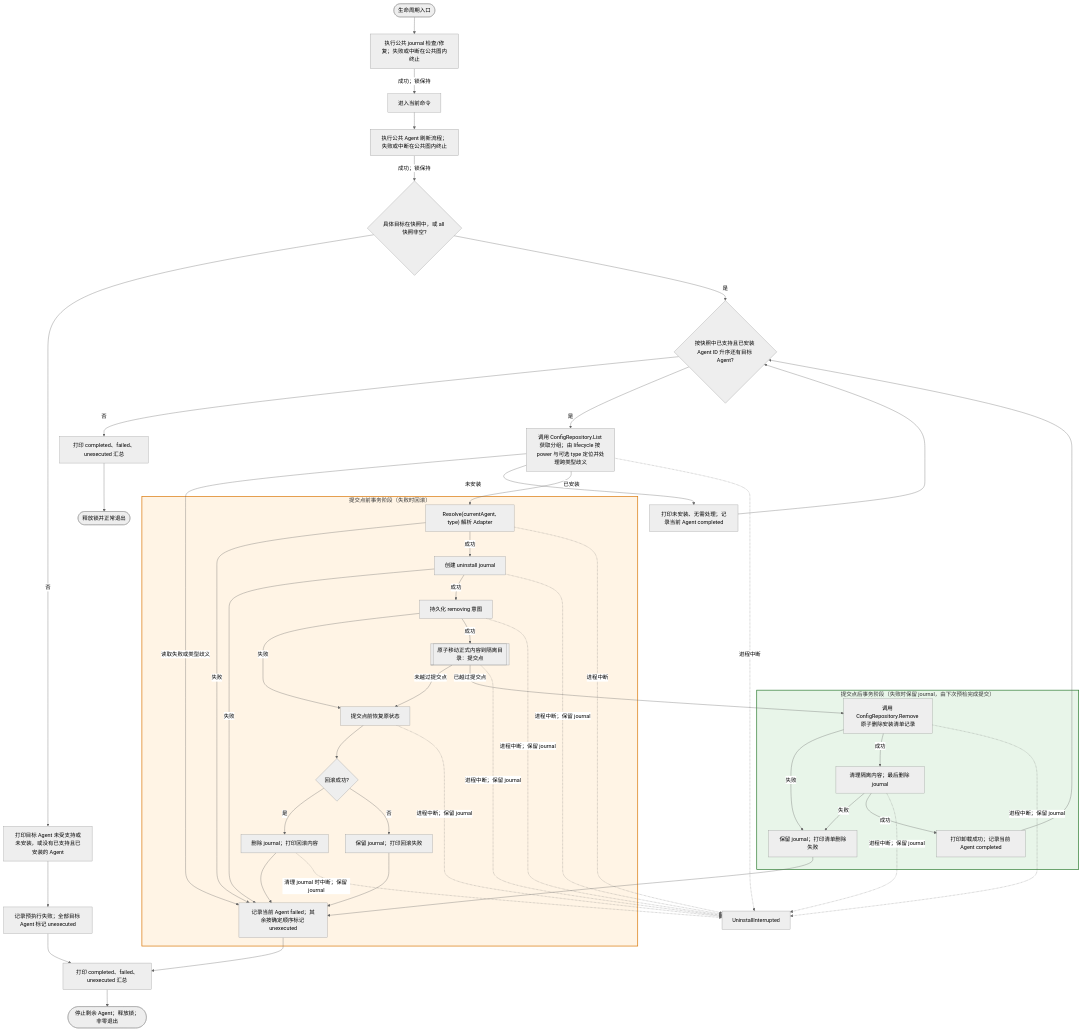
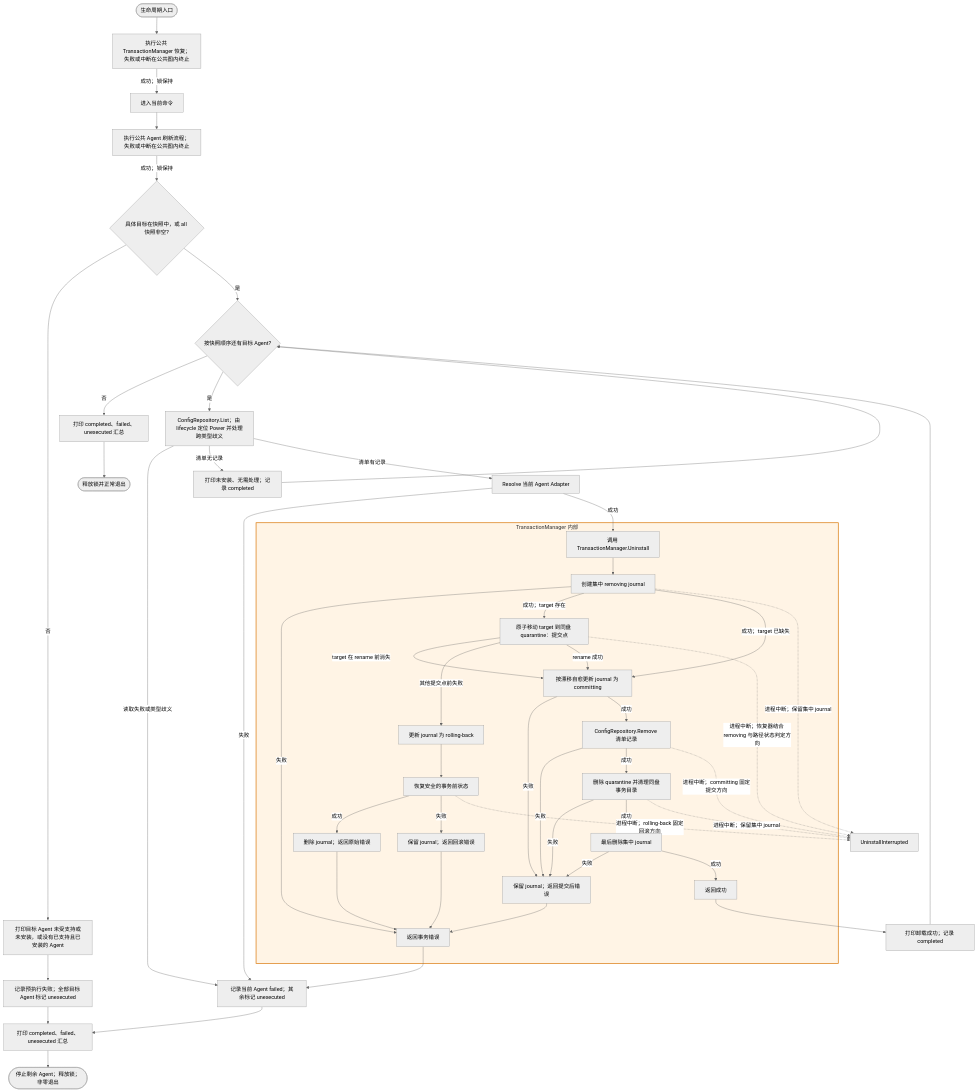
The diagram in ivory-tower/c4/components/apm-cli-lifecycle-diagrams/uninstall.mmd (spacemit-com/agent-power-manager), drawn with Mermaid (neutral theme) before and after one commit. The commit also changed 12 other files, not shown here.

Commit message:
docs(transaction): define centralized recovery design

```diff
--- a/ivory-tower/c4/components/apm-cli-lifecycle-diagrams/uninstall.mmd
+++ b/ivory-tower/c4/components/apm-cli-lifecycle-diagrams/uninstall.mmd
@@ -1,53 +1,48 @@
 flowchart TD
-    UninstallStart([生命周期入口]) --> UninstallRecovery[执行公共 journal 检查/修复；失败或中断在公共图内终止]
+    UninstallStart([生命周期入口]) --> UninstallRecovery[执行公共 TransactionManager 恢复；失败或中断在公共图内终止]
     UninstallRecovery -->|成功；锁保持| UninstallCommand[进入当前命令]
 
     UninstallCommand --> UninstallDiscovery[执行公共 Agent 刷新流程；失败或中断在公共图内终止]
     UninstallDiscovery -->|成功；锁保持| UninstallTarget{具体目标在快照中，或 all 快照非空?}
     UninstallTarget -->|否| UninstallTargetFail[打印目标 Agent 未受支持或未安装，或没有已支持且已安装的 Agent] --> UninstallPreflightFail[记录预执行失败；全部目标 Agent 标记 unexecuted] --> UninstallPrintFailureSummary
-    UninstallTarget -->|是| UninstallNextAgent{按快照中已支持且已安装 Agent ID 升序还有目标 Agent?}
+    UninstallTarget -->|是| UninstallNextAgent{按快照顺序还有目标 Agent?}
     UninstallNextAgent -->|否| UninstallPrintSuccessSummary[打印 completed、failed、unexecuted 汇总] --> UninstallOK([释放锁并正常退出])
-    UninstallNextAgent -->|是| UninstallFind[调用 ConfigRepository.List 获取分组；由 lifecycle 按 power 与可选 type 定位并处理跨类型歧义]
-    UninstallFind -->|读取失败或类型歧义| UninstallFail[记录当前 Agent failed；其余按确定顺序标记 unexecuted]
-    UninstallFind -->|未安装| UninstallSkip[打印未安装、无需处理；记录当前 Agent completed] --> UninstallNextAgent
-    UninstallFind -->|已安装| UninstallAdapter["Resolve(currentAgent, type) 解析 Adapter"]
+    UninstallNextAgent -->|是| UninstallFind[ConfigRepository.List；由 lifecycle 定位 Power 并处理跨类型歧义]
+    UninstallFind -->|读取失败或类型歧义| UninstallFail[记录当前 Agent failed；其余标记 unexecuted]
+    UninstallFind -->|清单无记录| UninstallSkip[打印未安装、无需处理；记录 completed] --> UninstallNextAgent
+    UninstallFind -->|清单有记录| UninstallAdapter[Resolve 当前 Agent Adapter]
     UninstallAdapter -->|失败| UninstallFail
+    UninstallAdapter -->|成功| UninstallTransaction[调用 TransactionManager.Uninstall]
 
-    subgraph UninstallPreCommit["提交点前事务阶段（失败时回滚）"]
-        UninstallAdapter -->|成功| UninstallCreateJournal[创建 uninstall journal]
-        UninstallCreateJournal -->|失败| UninstallFail
-        UninstallCreateJournal -->|成功| UninstallIntent[持久化 removing 意图]
-        UninstallIntent -->|失败| UninstallRollback[提交点前恢复原状态]
-        UninstallIntent -->|成功| UninstallQuarantine[[原子移动正式内容到隔离目录：提交点]]
-        UninstallQuarantine -->|未越过提交点| UninstallRollback
-        UninstallRollback --> UninstallRollbackOK{回滚成功?}
-        UninstallRollbackOK -->|是| UninstallRolledBack[删除 journal；打印回滚内容]
-        UninstallRollbackOK -->|否| UninstallKeepRollback[保留 journal；打印回滚失败]
+    subgraph UninstallTx[TransactionManager 内部]
+        UninstallTransaction --> UninstallCreateJournal[创建集中 removing journal]
+        UninstallCreateJournal -->|失败| UninstallTxError[返回事务错误]
+        UninstallCreateJournal -->|成功；target 存在| UninstallQuarantine[原子移动 target 到同盘 quarantine：提交点]
+        UninstallCreateJournal -->|成功；target 已缺失| UninstallCommitIntent[按漂移自愈更新 journal 为 committing]
+        UninstallQuarantine -->|target 在 rename 前消失| UninstallCommitIntent
+        UninstallQuarantine -->|其他提交点前失败| UninstallRollbackIntent[更新 journal 为 rolling-back]
+        UninstallRollbackIntent --> UninstallRollback[恢复安全的事务前状态]
+        UninstallRollback -->|成功| UninstallDeleteRolledBack[删除 journal；返回原始错误] --> UninstallTxError
+        UninstallRollback -->|失败| UninstallKeepRollback[保留 journal；返回回滚错误] --> UninstallTxError
+        UninstallQuarantine -->|rename 成功| UninstallCommitIntent
+        UninstallCommitIntent -->|失败| UninstallKeepCommit[保留 journal；返回提交后错误] --> UninstallTxError
+        UninstallCommitIntent -->|成功| UninstallManifest[ConfigRepository.Remove 清单记录]
+        UninstallManifest -->|失败| UninstallKeepCommit
+        UninstallManifest -->|成功| UninstallCleanup[删除 quarantine 并清理同盘事务目录]
+        UninstallCleanup -->|失败| UninstallKeepCommit
+        UninstallCleanup -->|成功| UninstallDeleteJournal[最后删除集中 journal]
+        UninstallDeleteJournal -->|失败| UninstallKeepCommit
+        UninstallDeleteJournal -->|成功| UninstallTxSuccess[返回成功]
     end
 
-    subgraph UninstallPostCommit["提交点后事务阶段（失败时保留 journal，由下次预检完成提交）"]
-        UninstallQuarantine -->|已越过提交点| UninstallManifest[调用 ConfigRepository.Remove 原子删除安装清单记录]
-        UninstallManifest -->|失败| UninstallKeepCommit[保留 journal；打印清单删除失败]
-        UninstallManifest -->|成功| UninstallCleanup[清理隔离内容；最后删除 journal]
-        UninstallCleanup -->|失败| UninstallKeepCommit
-        UninstallCleanup -->|成功| UninstallRemoved[打印卸载成功；记录当前 Agent completed]
-    end
-
-    UninstallRemoved --> UninstallNextAgent
-    UninstallRolledBack --> UninstallFail
-    UninstallKeepRollback --> UninstallFail
-    UninstallKeepCommit --> UninstallFail
+    UninstallTxSuccess --> UninstallRemoved[打印卸载成功；记录 completed] --> UninstallNextAgent
+    UninstallTxError --> UninstallFail
     UninstallFail --> UninstallPrintFailureSummary[打印 completed、failed、unexecuted 汇总] --> UninstallBatchError([停止剩余 Agent；释放锁；非零退出])
 
-    UninstallFind -.进程中断.-> UninstallInterrupted
-    UninstallAdapter -.进程中断.-> UninstallInterrupted
-    UninstallCreateJournal -.进程中断；保留 journal.-> UninstallInterrupted
-    UninstallIntent -.进程中断；保留 journal.-> UninstallInterrupted
-    UninstallQuarantine -.进程中断；保留 journal.-> UninstallInterrupted
-    UninstallManifest -.进程中断；保留 journal.-> UninstallInterrupted
-    UninstallCleanup -.进程中断；保留 journal.-> UninstallInterrupted
-    UninstallRollback -.进程中断；保留 journal.-> UninstallInterrupted
-    UninstallRolledBack -.清理 journal 时中断；保留 journal.-> UninstallInterrupted
+    UninstallCreateJournal -.进程中断；保留集中 journal.-> UninstallInterrupted
+    UninstallQuarantine -.进程中断；恢复器结合 removing 与路径状态判定方向.-> UninstallInterrupted
+    UninstallRollback -.进程中断；rolling-back 固定回滚方向.-> UninstallInterrupted
+    UninstallManifest -.进程中断；committing 固定提交方向.-> UninstallInterrupted
+    UninstallCleanup -.进程中断；保留集中 journal.-> UninstallInterrupted
 
-    style UninstallPreCommit fill:#fff4e5,stroke:#d97706,stroke-width:2px
-    style UninstallPostCommit fill:#e8f5e9,stroke:#2e7d32,stroke-width:2px
+    style UninstallTx fill:#fff4e5,stroke:#d97706,stroke-width:2px
```
